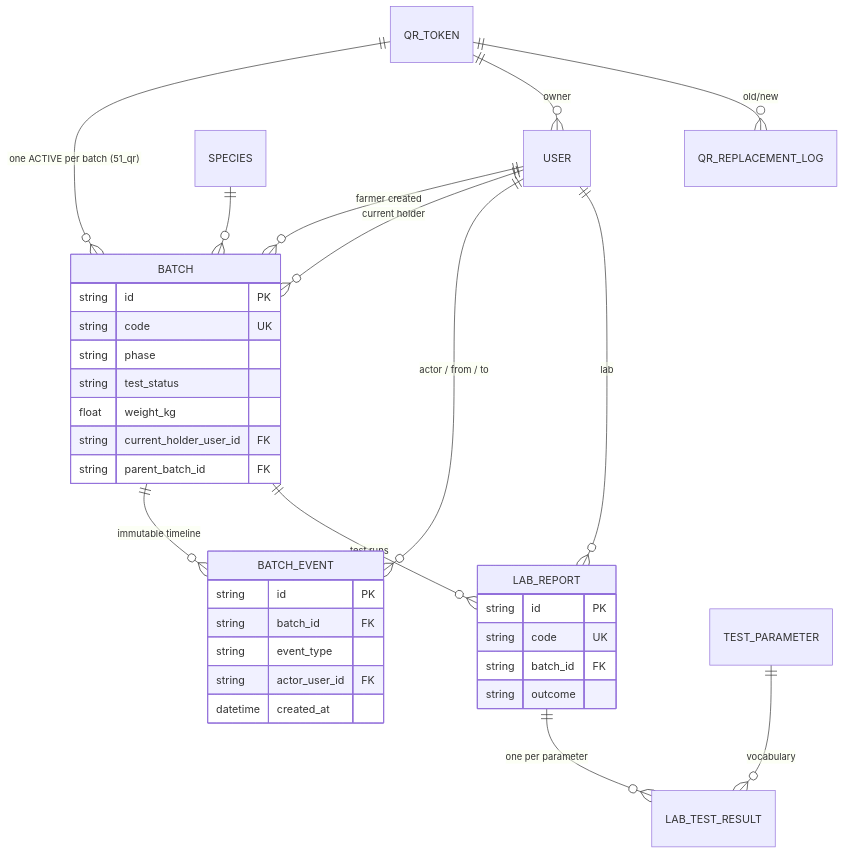
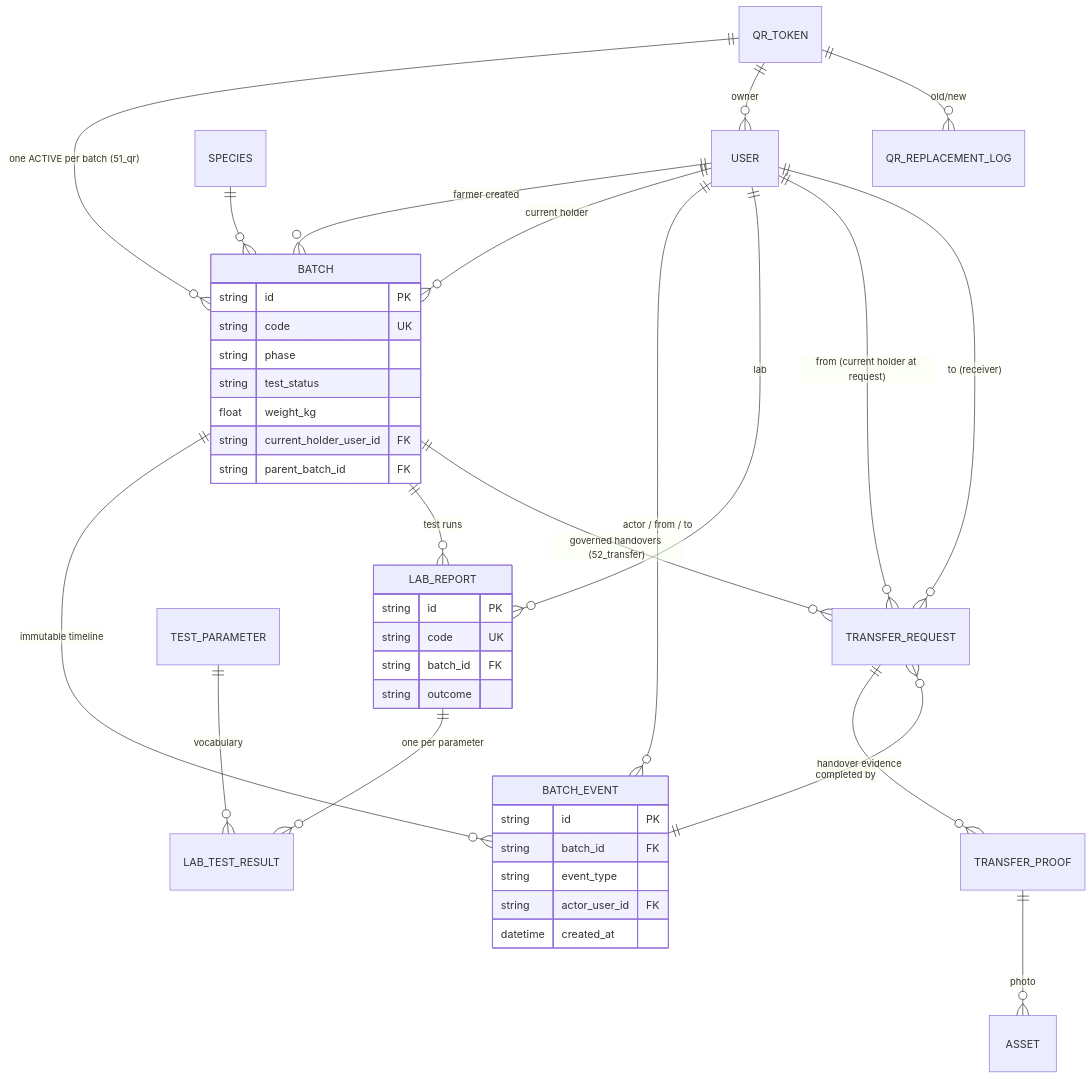
Before and after one commit to bhuwanb23/HerbChain: the fourth of 6 diagrams in second_backend/docs/database/er-diagram.md, drawn with Mermaid. The commit also changed 3 other files, not shown here.

First line of the commit message:
Docs: add Phase 6 transfers architecture + supersession notes

````diff
--- a/second_backend/docs/database/er-diagram.md
+++ b/second_backend/docs/database/er-diagram.md
@@ -123,39 +123,45 @@
 ```mermaid
 erDiagram
     USER ||--o{ BATCH : "farmer created"
     USER ||--o{ BATCH : "current holder"
     SPECIES ||--o{ BATCH : ""
     BATCH ||--o{ BATCH_EVENT : "immutable timeline"
     USER ||--o{ BATCH_EVENT : "actor / from / to"
 
     BATCH ||--o{ LAB_REPORT : "test runs"
     USER ||--o{ LAB_REPORT : "lab"
     LAB_REPORT ||--o{ LAB_TEST_RESULT : "one per parameter"
     TEST_PARAMETER ||--o{ LAB_TEST_RESULT : "vocabulary"
 
     BATCH {
         string id PK
         string code UK
         string phase
         string test_status
         float weight_kg
         string current_holder_user_id FK
         string parent_batch_id FK
     }
     QR_TOKEN ||--o{ BATCH : "one ACTIVE per batch (51_qr)"
     QR_TOKEN ||--o{ USER : "owner"
     QR_TOKEN ||--o{ QR_REPLACEMENT_LOG : "old/new"
+    BATCH ||--o{ TRANSFER_REQUEST : "governed handovers (52_transfer)"
+    USER ||--o{ TRANSFER_REQUEST : "from (current holder at request)"
+    USER ||--o{ TRANSFER_REQUEST : "to (receiver)"
+    TRANSFER_REQUEST ||--o{ TRANSFER_PROOF : "handover evidence"
+    TRANSFER_REQUEST }o--|| BATCH_EVENT : "completed by"
+    TRANSFER_PROOF ||--o{ ASSET : "photo"
     BATCH_EVENT {
         string id PK
         string batch_id FK
         string event_type
         string actor_user_id FK
         datetime created_at
     }
     LAB_REPORT {
         string id PK
         string code UK
         string batch_id FK
         string outcome
     }
 ```
````
